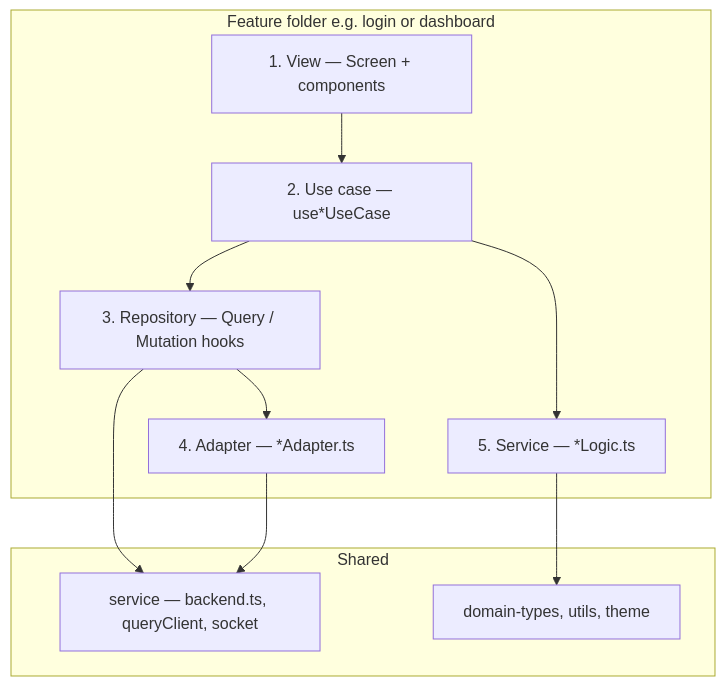
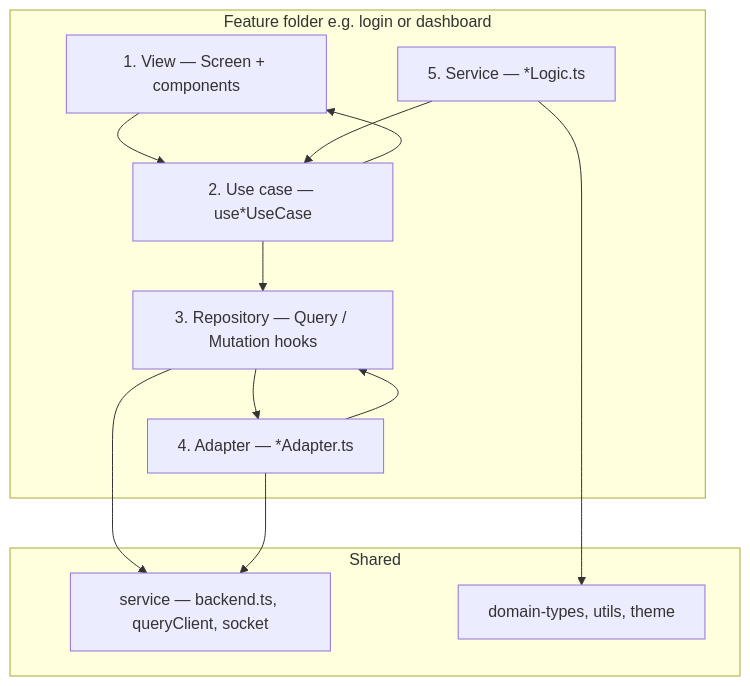
One commit to wizzywit/wired changed the diagram in wired-frontend/README.md. Above: the diagram before and after it, drawn with Mermaid. The commit also changed other lines of this file, not shown here.

````diff
--- a/wired-frontend/README.md
+++ b/wired-frontend/README.md
@@ -47,23 +47,25 @@
 ```mermaid
 flowchart TB
   subgraph feature [Feature folder e.g. login or dashboard]
     V[1. View — Screen + components]
     UC[2. Use case — use*UseCase]
     R[3. Repository — Query / Mutation hooks]
     A[4. Adapter — *Adapter.ts]
     S[5. Service — *Logic.ts]
   end
 
   subgraph shared [Shared]
     SVC[service — backend.ts, queryClient, socket]
     DOM[domain-types, utils, theme]
   end
 
   V --> UC
+  UC --> V
   UC --> R
-  UC --> S
+  S --> UC
   R --> A
+  A --> R
   R --> SVC
   A --> SVC
   S --> DOM
 ```
````
